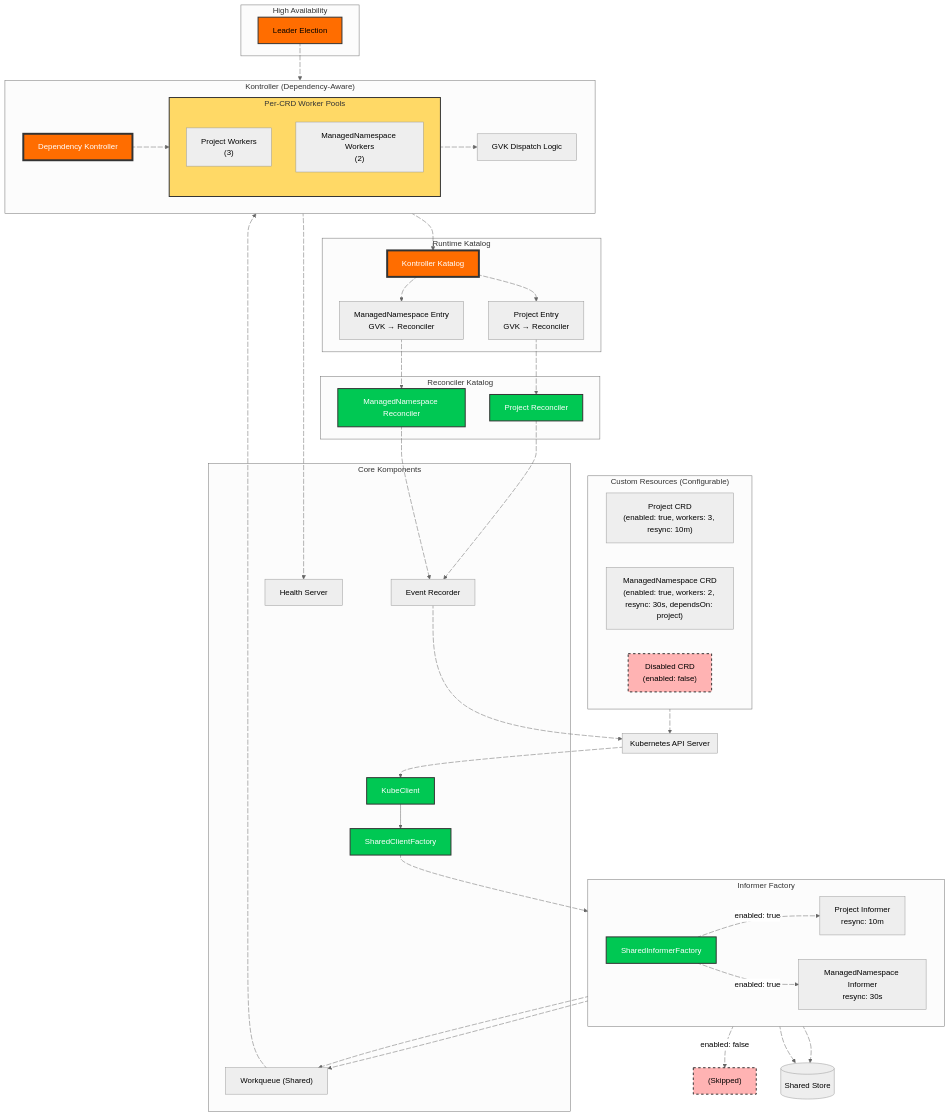
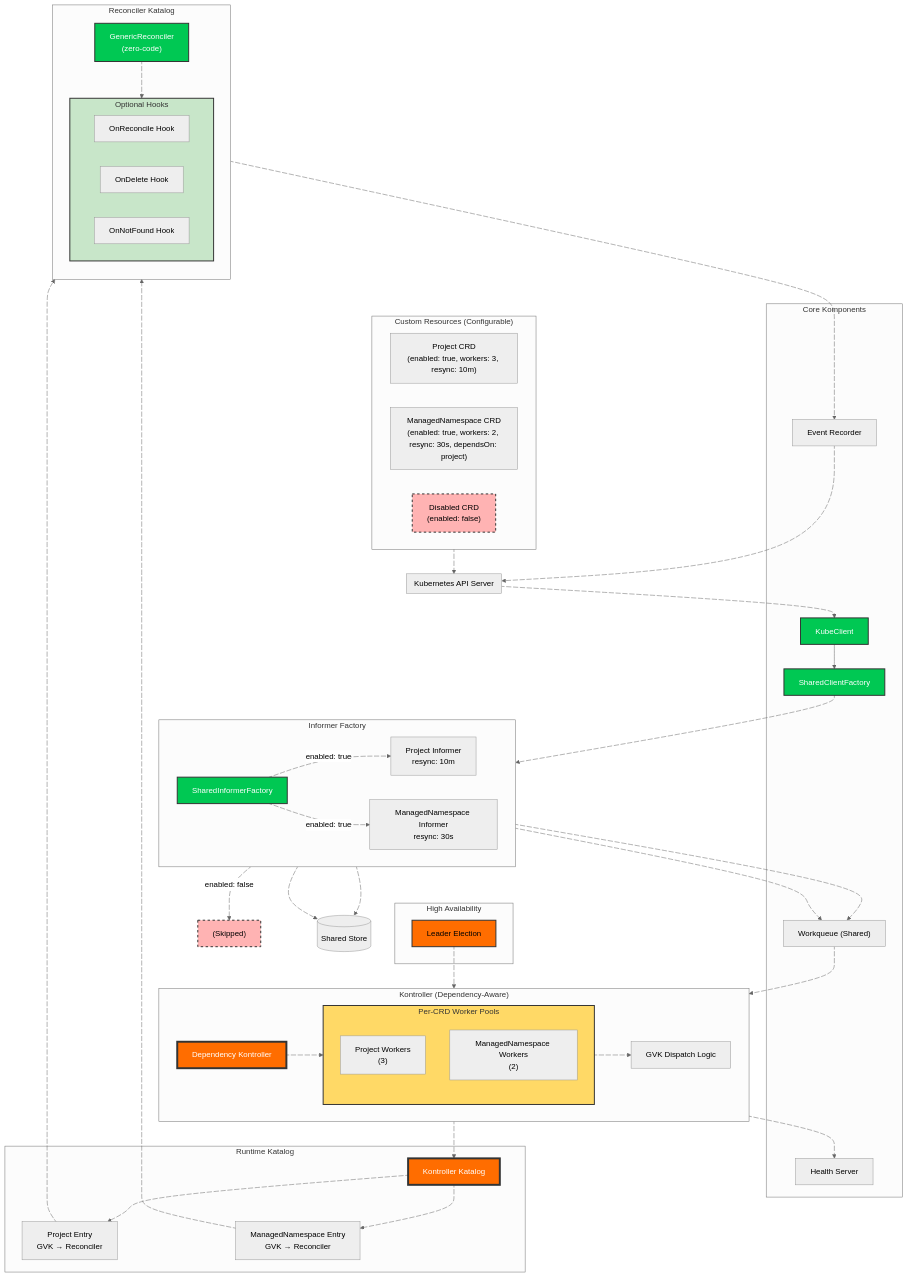
Before and after one commit to iAlexeze/orkestra: the diagram in README.md, drawn with Mermaid (neutral theme). The commit also changed other lines of this file and 5 other files, not shown here.

````diff
--- a/README.md
+++ b/README.md
@@ -59,9 +234,9 @@
 ```mermaid
 flowchart TB
  subgraph CRDs["Custom Resources (Configurable)"]
-        P["Project CRD<br>(enabled: true, workers: 3, resync: 10m)"]
-        M["ManagedNamespace CRD<br>(enabled: true, workers: 2, resync: 30s, dependsOn: project)"]
-        D["Disabled CRD<br>(enabled: false)"]
+        P["Project CRD<br/>(enabled: true, workers: 3, resync: 10m)"]
+        M["ManagedNamespace CRD<br/>(enabled: true, workers: 2, resync: 30s, dependsOn: project)"]
+        D["Disabled CRD<br/>(enabled: false)"]
   end
  subgraph API["Kubernetes API Server"]
   end
@@ -75,17 +250,17 @@
  subgraph Informers["Informer Factory"]
     direction LR
         SIF["SharedInformerFactory"]
-        PI["Project Informer<br>resync: 10m"]
-        MI["ManagedNamespace Informer<br>resync: 30s"]
+        PI["Project Informer<br/>resync: 10m"]
+        MI["ManagedNamespace Informer<br/>resync: 30s"]
   end
  subgraph Katalog["Runtime Katalog"]
         REG["Kontroller Katalog"]
-        R1["Project Entry<br>GVK → Reconciler"]
-        R2["ManagedNamespace Entry<br>GVK → Reconciler"]
+        R1["Project Entry<br/>GVK → Reconciler"]
+        R2["ManagedNamespace Entry<br/>GVK → Reconciler"]
   end
  subgraph Workers["Per-CRD Worker Pools"]
-        W1["Project Workers<br>(3)"]
-        W2["ManagedNamespace Workers<br>(2)"]
+        W1["Project Workers<br/>(3)"]
+        W2["ManagedNamespace Workers<br/>(2)"]
   end
  subgraph Kontroller["Kontroller (Dependency-Aware)"]
     direction LR
@@ -93,47 +268,51 @@
         Workers
         DISPATCH["GVK Dispatch Logic"]
   end
+ subgraph Reconcilers["Reconciler Katalog"]
+        direction TB
+        GR["GenericReconciler<br/>(zero-code)"]
+        subgraph Hooks["Optional Hooks"]
+            H1["OnReconcile Hook"]
+            H2["OnDelete Hook"]
+            H3["OnNotFound Hook"]
+        end
+  end
  subgraph HA["High Availability"]
         LE["Leader Election"]
   end
- subgraph Reconcilers["Reconciler Katalog"]
-        PR["Project Reconciler"]
-        MR["ManagedNamespace Reconciler"]
-  end
-    CRDs L_CRDs_API_0@--> API
-    API L_API_KC_0@--> KC
+    CRDs --> API
+    API --> KC
     KC --> FC
-    FC L_FC_SIF_0@--> SIF
-    SIF L_SIF_PI_0@-. enabled: true .-> PI & MI
-    SIF L_SIF_DI_0@-. enabled: false .-> DI["(Skipped)"]
-    PI L_PI_STORE_0@--> STORE[("Shared Store")] & WQ
-    MI L_MI_STORE_0@--> STORE & WQ
-    WQ L_WQ_C_0@--> C
-    C L_C_Workers_0@--> Workers & HS
-    Workers L_Workers_DISPATCH_0@--> DISPATCH
-    DISPATCH L_DISPATCH_REG_0@--> REG
-    REG L_REG_R1_0@--> R1 & R2
-    R1 L_R1_PR_0@-.-> PR
-    R2 L_R2_MR_0@-.-> MR
-    PR L_PR_EV_0@--> EV
-    MR L_MR_EV_0@--> EV
-    LE L_LE_C_0@--> C
-    EV L_EV_API_0@--> API
+    FC --> SIF
+    SIF -.->|enabled: true| PI & MI
+    SIF -.->|enabled: false| DI["(Skipped)"]
+    PI --> STORE[("Shared Store")] & WQ
+    MI --> STORE & WQ
+    WQ --> C
+    C --> Workers & HS
+    Workers --> DISPATCH
+    DISPATCH --> REG
+    REG --> R1 & R2
+    R1 -.-> GR
+    R2 -.-> GR
+    GR -.-> Hooks
+    GR --> EV
+    LE --> C
+    EV --> API
 
-     D:::disabled
-     DI:::disabled
-    classDef disabled fill:#FFB3B3,stroke:#333,stroke-width:2px,stroke-dasharray: 5 5
     style D fill:#FFB3B3,stroke:#333,stroke-width:2px
+    style DI fill:#FFB3B3,stroke:#333,stroke-width:2px,stroke-dasharray: 5 5
     style KC fill:#00C853,stroke:#333,stroke-width:2px,color:#FFFFFF
     style FC fill:#00C853,stroke:#333,stroke-width:2px,color:#FFFFFF
     style SIF fill:#00C853,stroke:#333,stroke-width:2px,color:#FFFFFF
     style REG fill:#FF6D00,stroke:#333,stroke-width:4px,color:#FFFFFF
     style C fill:#FF6D00,stroke:#333,stroke-width:4px,color:#FFFFFF
     style Workers fill:#FFD966,stroke:#333,stroke-width:2px
+    style GR fill:#00C853,stroke:#333,stroke-width:2px,color:#FFFFFF
     style LE fill:#FF6D00,stroke:#333,stroke-width:2px
-    style PR fill:#00C853,stroke:#333,stroke-width:2px,color:#FFFFFF
-    style MR fill:#00C853,stroke:#333,stroke-width:2px,color:#FFFFFF
-    style DI fill:#FFB3B3,stroke:#333,stroke-width:2px,stroke-dasharray: 5 5
+    style Hooks fill:#C8E6C9,stroke:#333,stroke-width:2px
+    classDef disabled fill:#FFB3B3,stroke:#333,stroke-width:2px,stroke-dasharray: 5 5
+    class D,DI disabled
 
     L_CRDs_API_0@{ animation: fast } 
     L_API_KC_0@{ animation: fast } 
@@ -152,10 +331,10 @@
     L_DISPATCH_REG_0@{ animation: fast } 
     L_REG_R1_0@{ animation: fast } 
     L_REG_R2_0@{ animation: fast } 
-    L_R1_PR_0@{ animation: slow } 
-    L_R2_MR_0@{ animation: slow } 
-    L_PR_EV_0@{ animation: fast } 
-    L_MR_EV_0@{ animation: fast } 
+    L_R1_GR_0@{ animation: slow } 
+    L_R2_GR_0@{ animation: slow } 
+    L_GR_Hooks_0@{ animation: slow } 
+    L_GR_EV_0@{ animation: fast } 
     L_LE_C_0@{ animation: fast } 
     L_EV_API_0@{ animation: fast }
 ```
````
